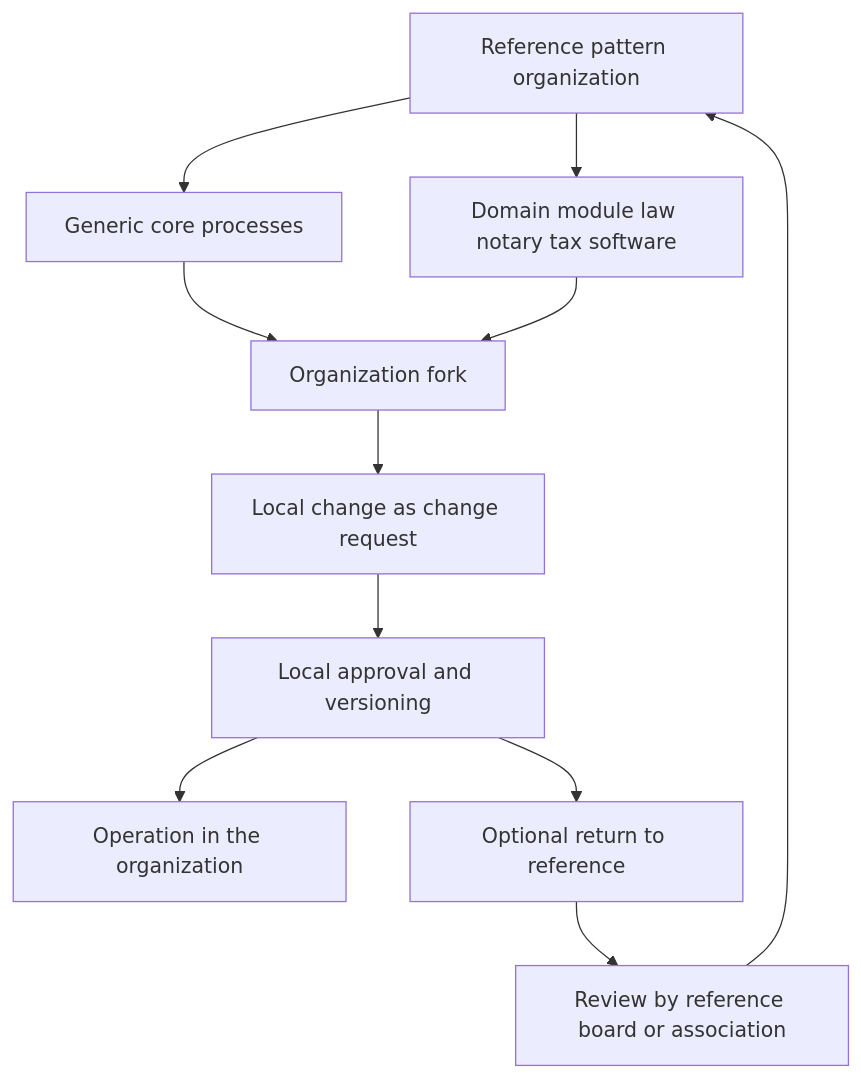
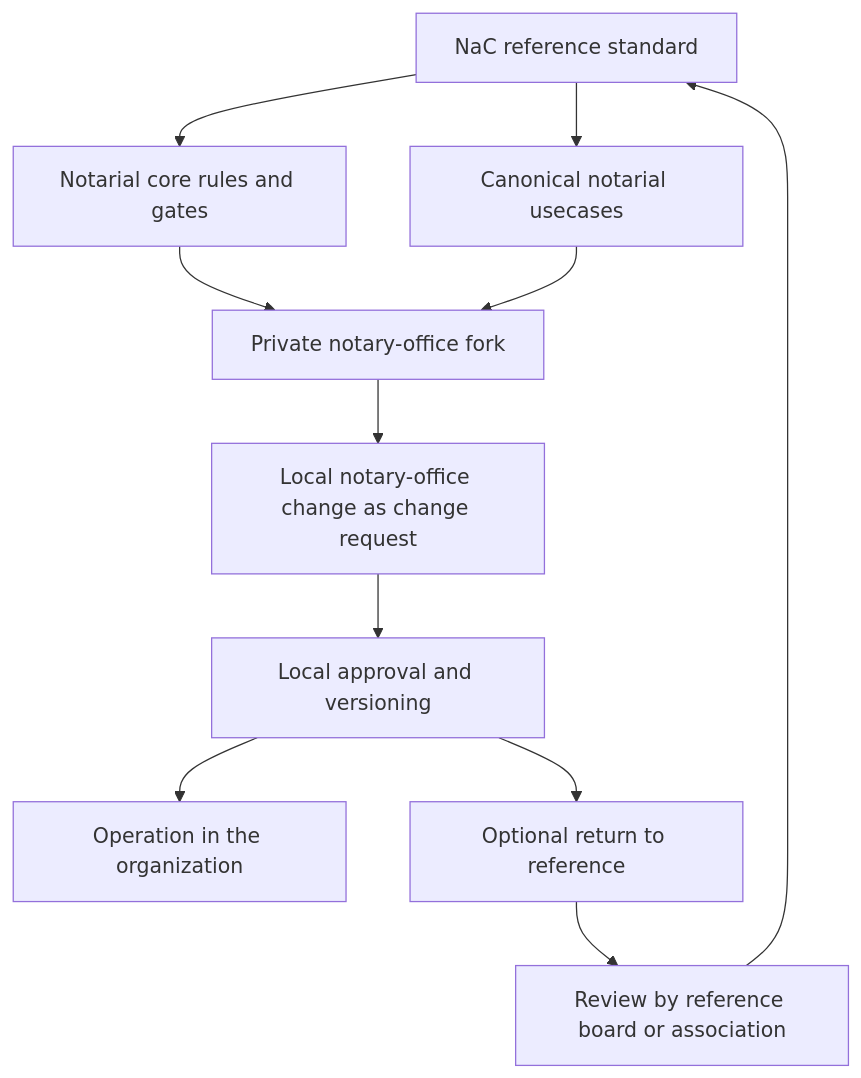
One commit to notariat8/NaC changed the fourth of 4 diagrams in docs/en/architecture.md. Above: the diagram before and after it, drawn with Mermaid. The commit also changed other lines of this file and 175 other files, not shown here.

````diff
--- a/docs/en/architecture.md
+++ b/docs/en/architecture.md
@@ -105,13 +105,13 @@
 ```mermaid
 flowchart TD
-    RefModel["Reference pattern organization"] --> BranchPack["Domain module law notary tax software"]
-    RefModel --> GenericPack["Generic core processes"]
-    GenericPack --> CompanyFork["Organization fork"]
-    BranchPack --> CompanyFork
-    CompanyFork --> LocalChange["Local change as change request"]
+    RefModel["NaC reference standard"] --> Usecases["Canonical notarial usecases"]
+    RefModel --> CoreRules["Notarial core rules and gates"]
+    CoreRules --> CompanyFork["Private notary-office fork"]
+    Usecases --> CompanyFork
+    CompanyFork --> LocalChange["Local notary-office change as change request"]
     LocalChange --> LocalApprove["Local approval and versioning"]
     LocalApprove --> CompanyRun["Operation in the organization"]
     LocalApprove --> UpstreamProposal["Optional return to reference"]
     UpstreamProposal --> RefReview["Review by reference board or association"]
     RefReview --> RefModel
 ```
````
